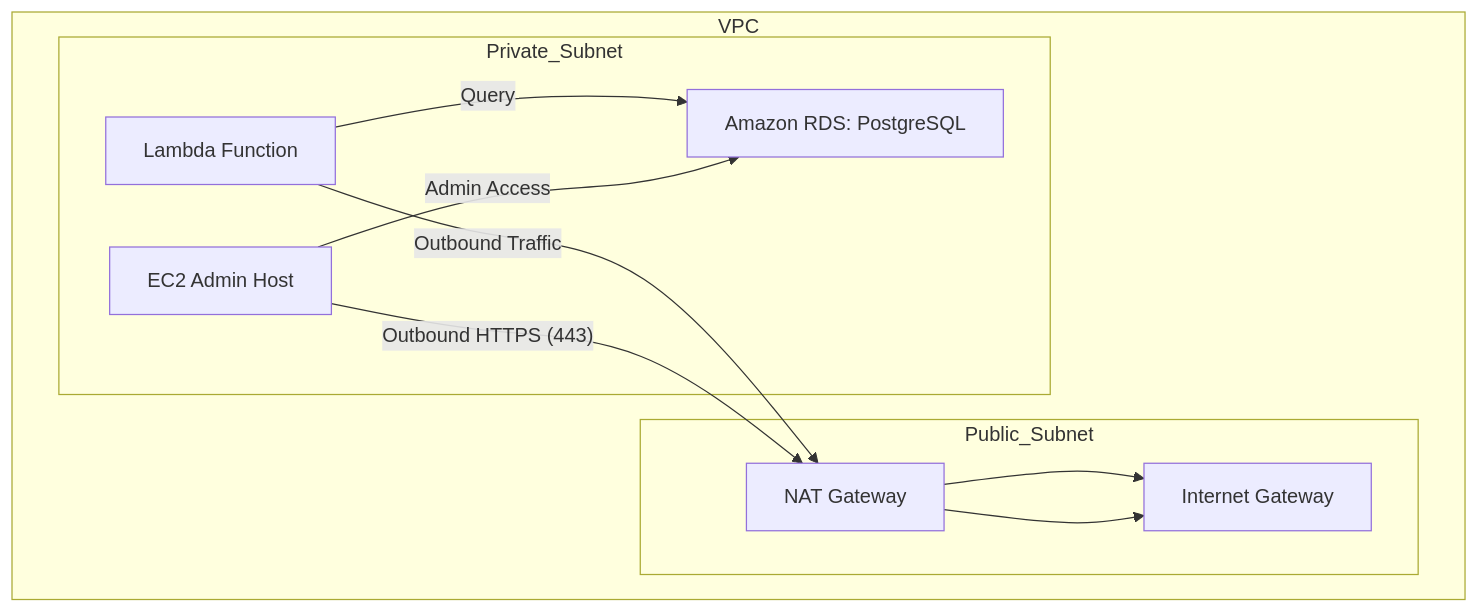
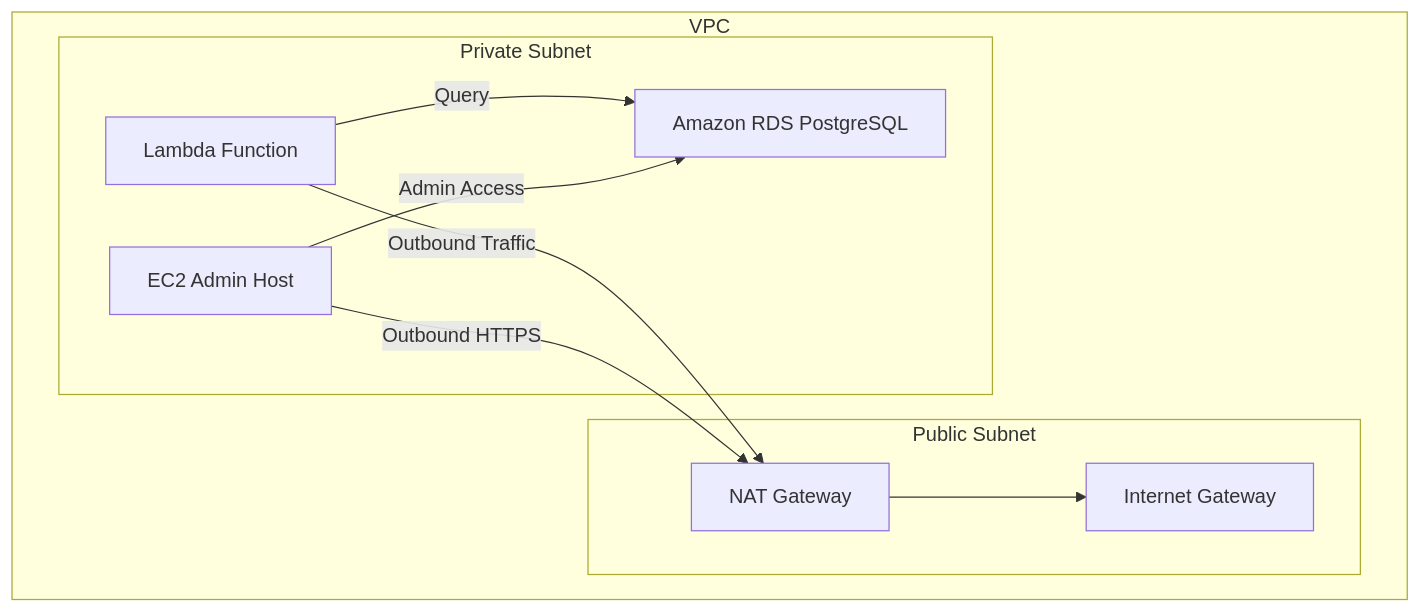
One commit to SnowEx/snowex_db changed the first of 2 diagrams in docs/RDS_db_connection.rst. Above: the diagram before and after it, drawn with Mermaid.

Commit message:
fix: update mermaid diagram to be compatible with newest Mermaid version

```diff
--- a/docs/RDS_db_connection.rst
+++ b/docs/RDS_db_connection.rst
@@ -130,22 +130,23 @@
 .. mermaid::
 
     flowchart TB
 
-    subgraph VPC
-      subgraph Public_Subnet
-        IGW[Internet Gateway]
-        NAT[NAT Gateway]
+    subgraph VPC["VPC"]
+      subgraph Public_Subnet["Public Subnet"]
+        IGW["Internet Gateway"]
+        NAT["NAT Gateway"]
       end
 
-      subgraph Private_Subnet
-        LAMBDA[Lambda Function]
-        RDS[Amazon RDS: PostgreSQL]
-        EC2[EC2 Admin Host]
+      subgraph Private_Subnet["Private Subnet"]
+        LAMBDA["Lambda Function"]
+        RDS["Amazon RDS PostgreSQL"]
+        EC2["EC2 Admin Host"]
       end
     end
 
     %% Connections
-    LAMBDA -- Query --> RDS
-    EC2 -- Admin Access --> RDS
-    LAMBDA -- Outbound Traffic --> NAT --> IGW
-    EC2 -- Outbound HTTPS (443) --> NAT --> IGW
+    LAMBDA -->|Query| RDS
+    EC2 -->|Admin Access| RDS
+    LAMBDA -->|Outbound Traffic| NAT
+    NAT --> IGW
+    EC2 -->|Outbound HTTPS| NAT
```
